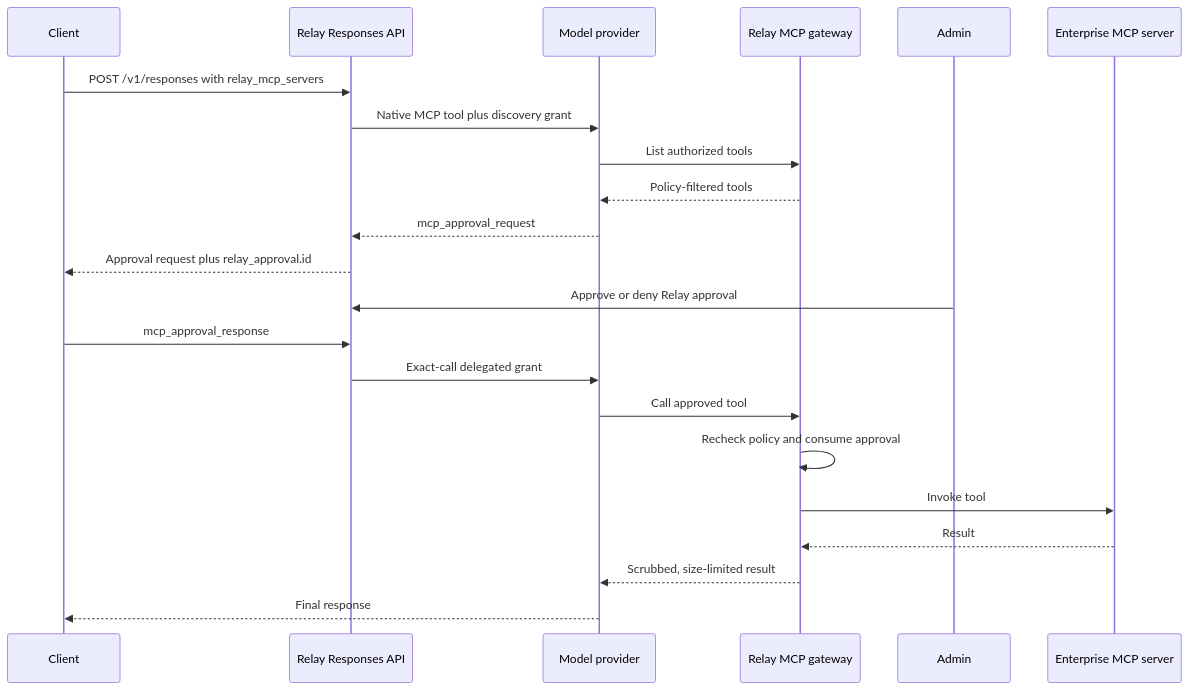
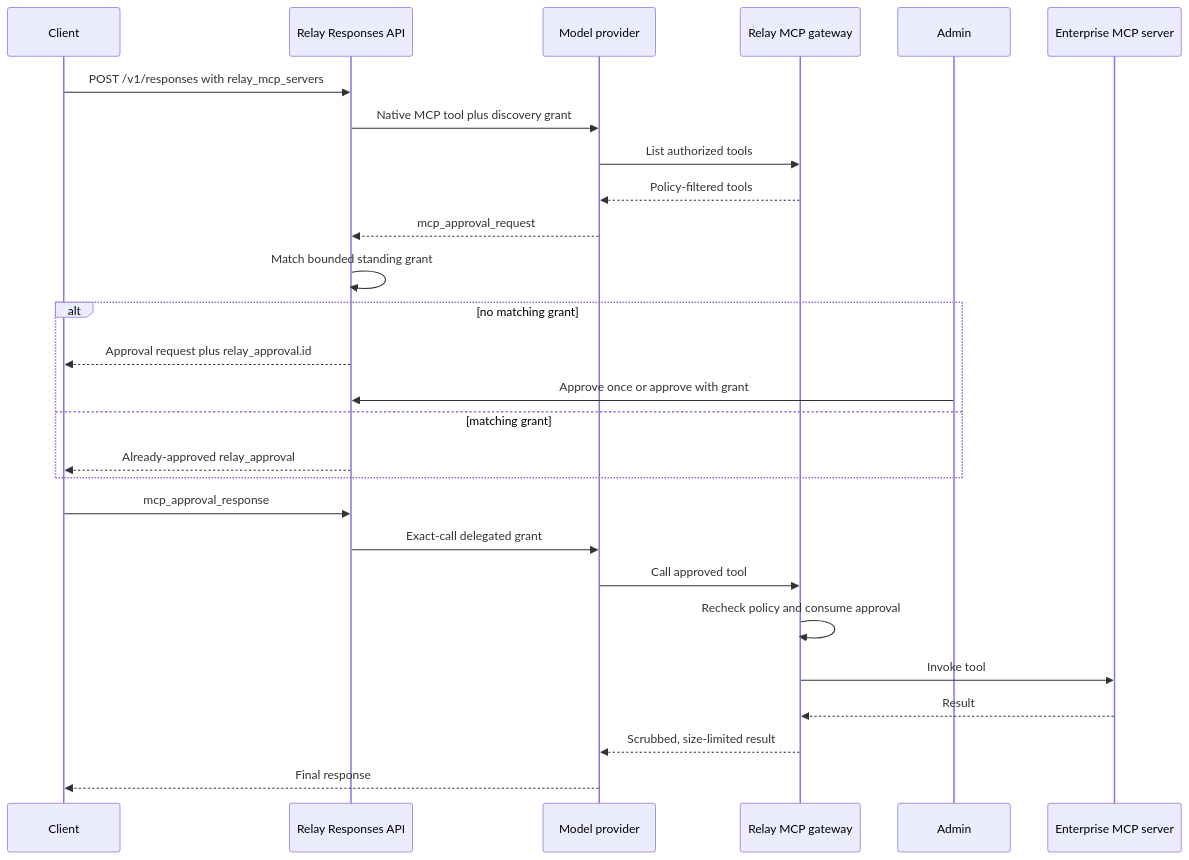
One commit to geeper-io/relay changed the diagram in docs/mcp-responses.md. Above: the diagram before and after it, drawn with Mermaid. The commit also changed other lines of this file and 110 other files, not shown here.

````diff
--- a/docs/mcp-responses.md
+++ b/docs/mcp-responses.md
@@ -12,25 +12,30 @@
 ```mermaid
 sequenceDiagram
     participant Client
     participant Relay as Relay Responses API
     participant Provider as Model provider
     participant Gateway as Relay MCP gateway
     participant Admin
     participant Tool as Enterprise MCP server
 
     Client->>Relay: POST /v1/responses with relay_mcp_servers
     Relay->>Provider: Native MCP tool plus discovery grant
     Provider->>Gateway: List authorized tools
     Gateway-->>Provider: Policy-filtered tools
     Provider-->>Relay: mcp_approval_request
-    Relay-->>Client: Approval request plus relay_approval.id
-    Admin->>Relay: Approve or deny Relay approval
+    Relay->>Relay: Match bounded standing grant
+    alt no matching grant
+        Relay-->>Client: Approval request plus relay_approval.id
+        Admin->>Relay: Approve once or approve with grant
+    else matching grant
+        Relay-->>Client: Already-approved relay_approval
+    end
     Client->>Relay: mcp_approval_response
     Relay->>Provider: Exact-call delegated grant
     Provider->>Gateway: Call approved tool
     Gateway->>Gateway: Recheck policy and consume approval
     Gateway->>Tool: Invoke tool
     Tool-->>Gateway: Result
     Gateway-->>Provider: Scrubbed, size-limited result
     Provider-->>Client: Final response
 ```
````
